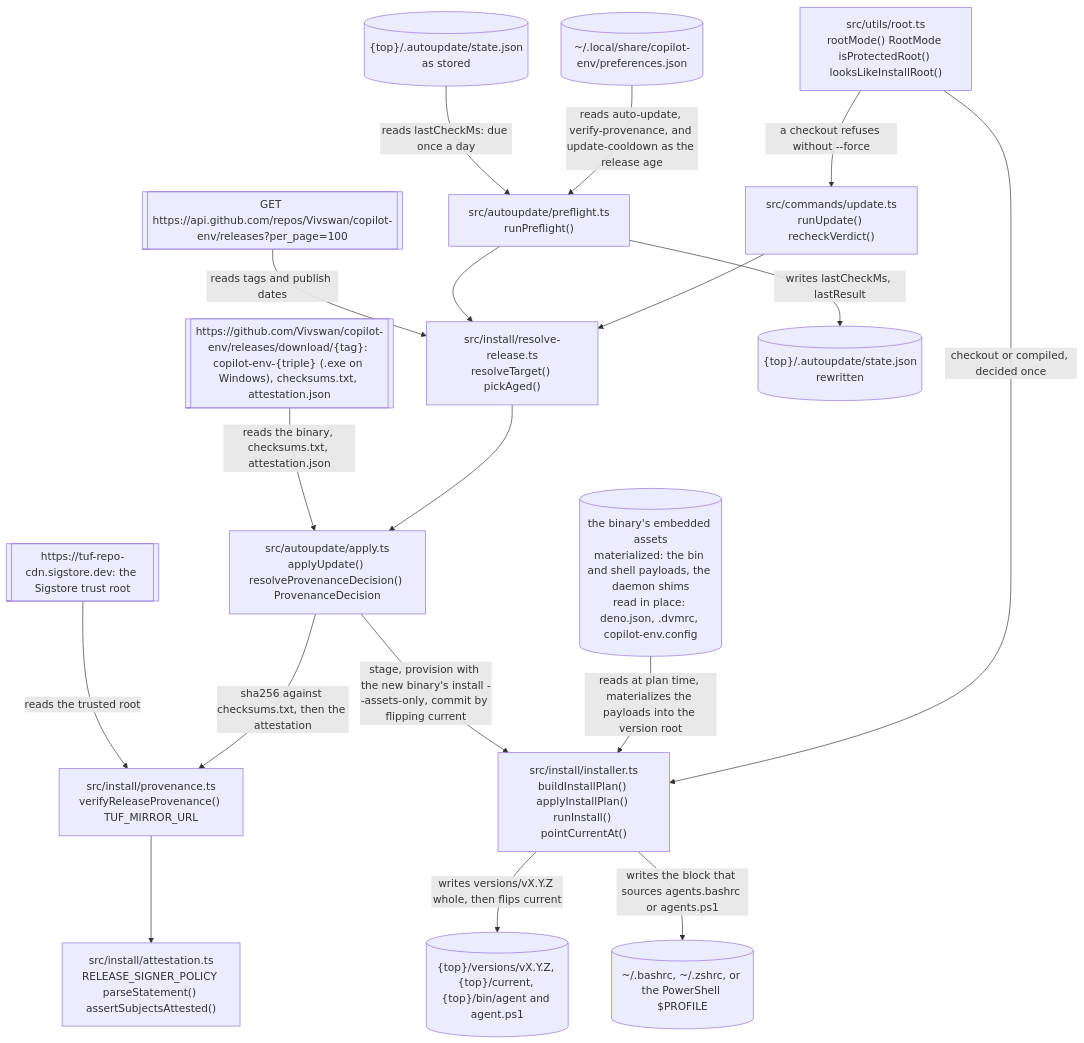
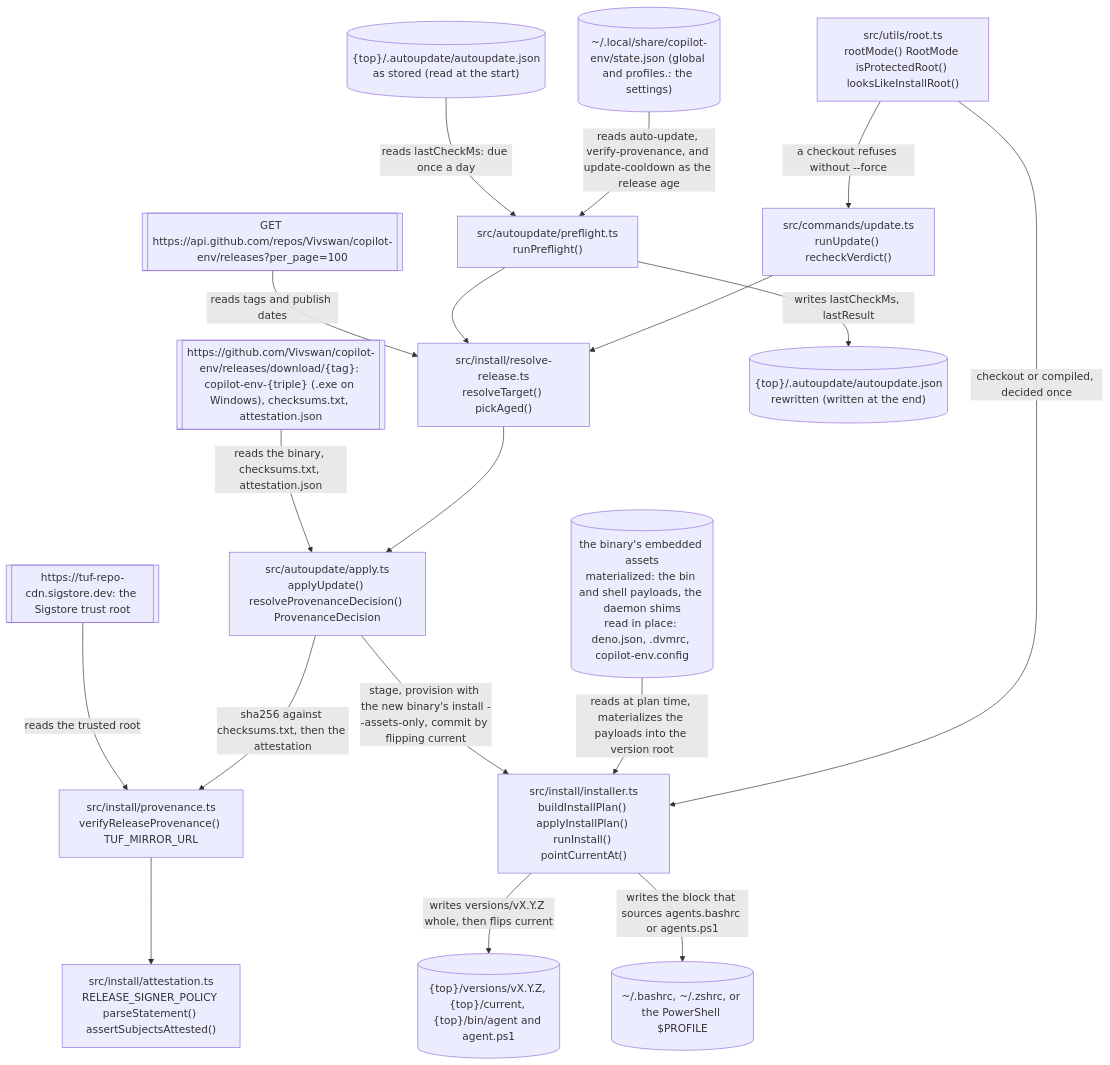
One commit to Vivswan/copilot-env changed the sixth of 8 diagrams in docs/architecture.md. Above: the diagram before and after it, drawn with Mermaid. The commit also changed other lines of this file and 45 other files, not shown here.

Commit message:
refactor(state)!: fold credentials.json, preferences.json, and ownership.json into one state.json (#285)

````diff
--- a/docs/architecture.md
+++ b/docs/architecture.md
@@ -200,37 +201,37 @@
 ```mermaid
 flowchart TD
   assets[("the binary's embedded assets<br>materialized: the bin and shell payloads, the daemon shims<br>read in place: deno.json, .dvmrc, copilot-env.config")]
   releases[["GET https://api.github.com/repos/Vivswan/copilot-env/releases?per_page=100"]]
   download[["https://github.com/Vivswan/copilot-env/releases/download/{tag}: copilot-env-{triple} (.exe on Windows), checksums.txt, attestation.json"]]
   tuf[["https://tuf-repo-cdn.sigstore.dev: the Sigstore trust root"]]
-  prefs[("~/.local/share/copilot-env/preferences.json")]
-  autostatein[("{top}/.autoupdate/state.json<br>as stored")]
+  prefs[("~/.local/share/copilot-env/state.json (global and profiles.<name>: the settings)")]
+  autostatein[("{top}/.autoupdate/autoupdate.json<br>as stored (read at the start)")]
   root["src/utils/root.ts<br>rootMode() RootMode isProtectedRoot() looksLikeInstallRoot()"]
   install["src/install/installer.ts<br>buildInstallPlan() applyInstallPlan() runInstall() pointCurrentAt()"]
   update["src/commands/update.ts<br>runUpdate() recheckVerdict()"]
   preflight["src/autoupdate/preflight.ts<br>runPreflight()"]
   release["src/install/resolve-release.ts<br>resolveTarget() pickAged()"]
   apply["src/autoupdate/apply.ts<br>applyUpdate() resolveProvenanceDecision() ProvenanceDecision"]
   prov["src/install/provenance.ts<br>verifyReleaseProvenance() TUF_MIRROR_URL"]
   att["src/install/attestation.ts<br>RELEASE_SIGNER_POLICY parseStatement() assertSubjectsAttested()"]
   layout[("{top}/versions/vX.Y.Z, {top}/current, {top}/bin/agent and agent.ps1")]
   rcfile[("~/.bashrc, ~/.zshrc, or the PowerShell $PROFILE")]
-  autostateout[("{top}/.autoupdate/state.json<br>rewritten")]
+  autostateout[("{top}/.autoupdate/autoupdate.json<br>rewritten (written at the end)")]
   root -->|"checkout or compiled, decided once"| install
   root -->|"a checkout refuses without --force"| update
   assets -->|"reads at plan time, materializes the payloads into the version root"| install
   prefs -->|"reads auto-update, verify-provenance, and update-cooldown as the release age"| preflight
   autostatein -->|"reads lastCheckMs: due once a day"| preflight
   update --> release
   preflight --> release
   releases -->|"reads tags and publish dates"| release
   release --> apply
   download -->|"reads the binary, checksums.txt, attestation.json"| apply
   apply -->|"sha256 against checksums.txt, then the attestation"| prov
   tuf -->|"reads the trusted root"| prov
   prov --> att
   apply -->|"stage, provision with the new binary's install --assets-only, commit by flipping current"| install
   install -->|"writes versions/vX.Y.Z whole, then flips current"| layout
   install -->|"writes the block that sources agents.bashrc or agents.ps1"| rcfile
   preflight -->|"writes lastCheckMs, lastResult"| autostateout
 ```
````
